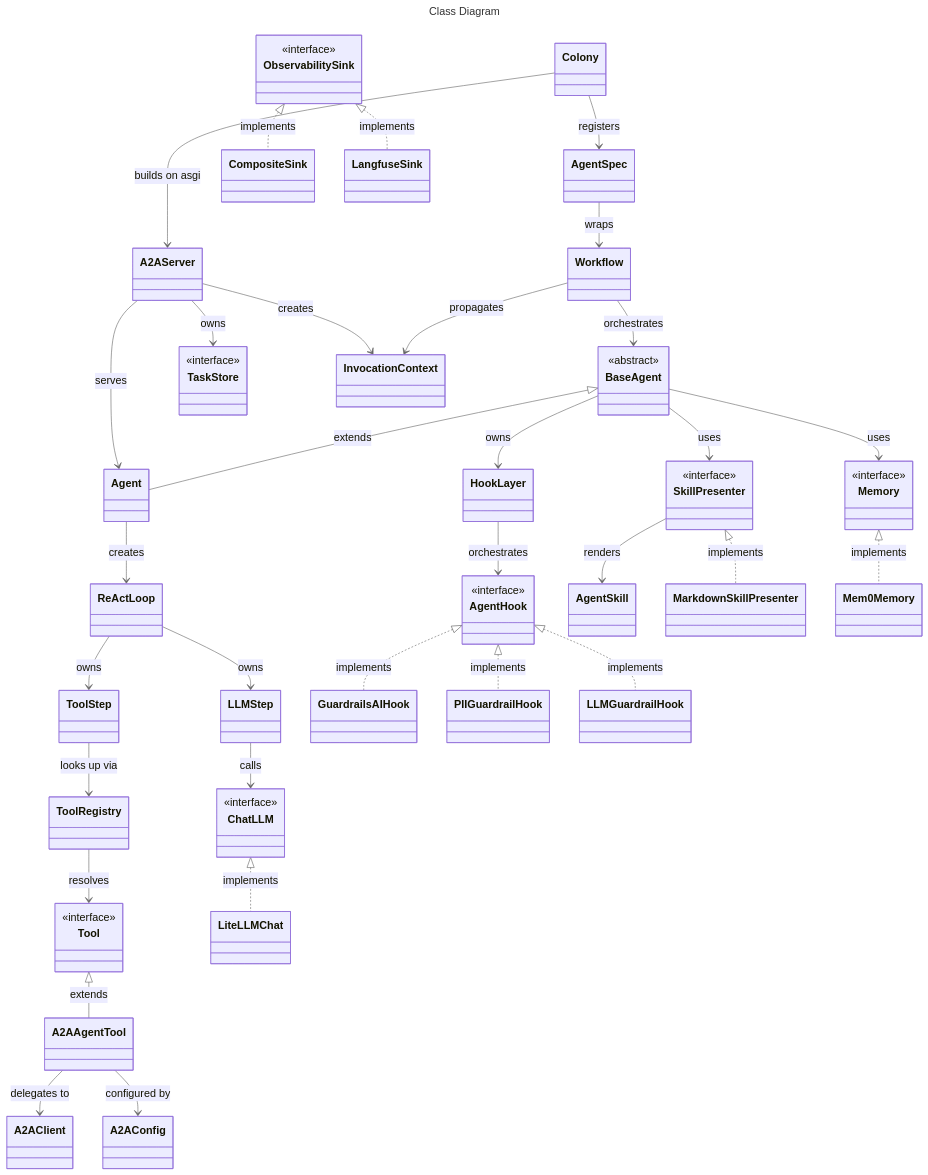
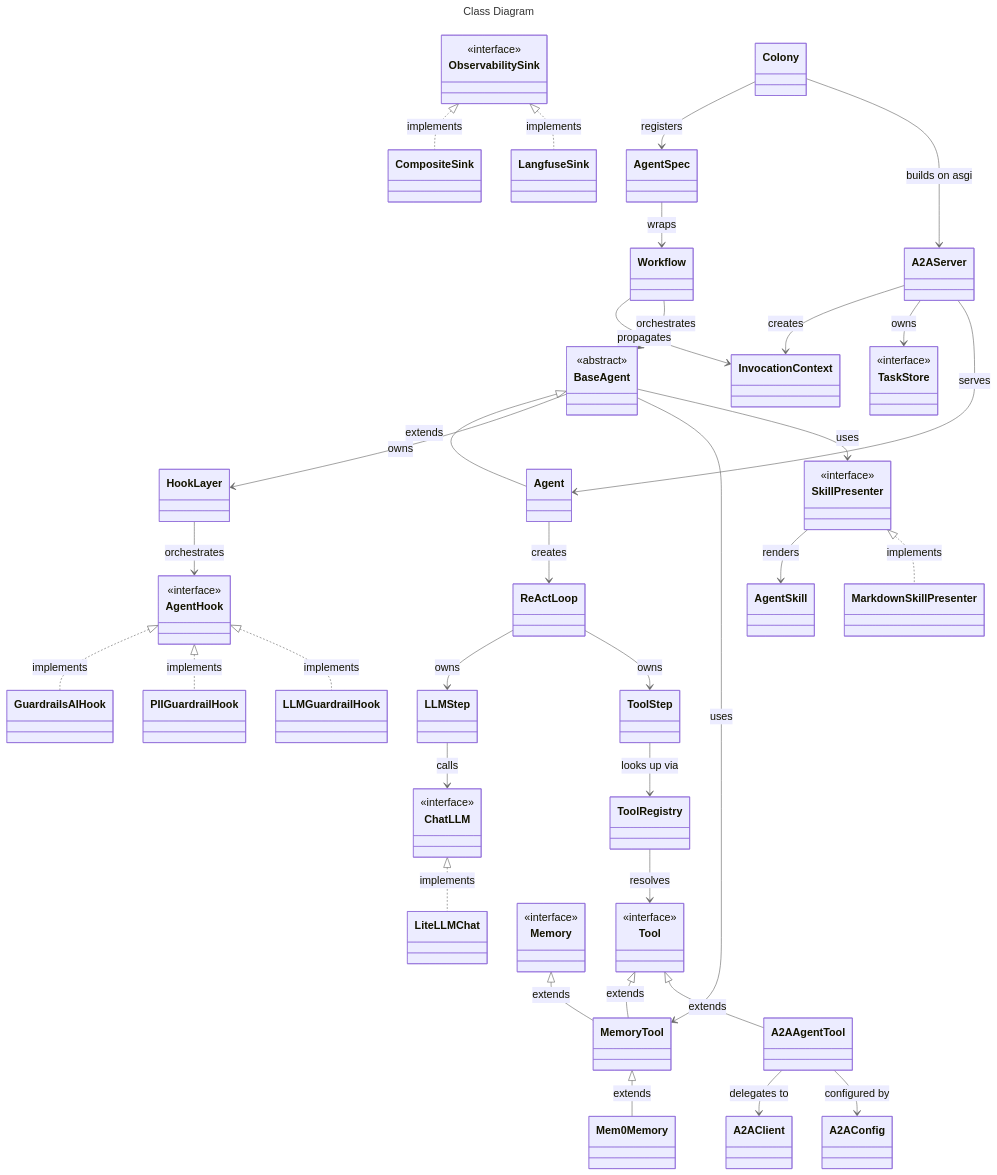
One commit to idea-idsia/ant-ai changed the diagram in docs/docs/architecture/class-diagram.mmd. Above: the diagram before and after it, drawn with Mermaid. The commit also changed 21 other files, not shown here.

First line of the commit message:
feat(memory): expose memory as a callable tool

```diff
--- a/docs/docs/architecture/class-diagram.mmd
+++ b/docs/docs/architecture/class-diagram.mmd
@@ -1,57 +1,59 @@
 ---
 title: Class Diagram
 config:
   themeVariables:
     background: '#ffffff'
     primaryColor: '#E9E1FF'
     primaryTextColor: '#222222'
     primaryBorderColor: '#8B6DFF'
     lineColor: '#666666'
     secondaryColor: '#F5F2FF'
     tertiaryColor: '#FBFAFF'
     clusterBkg: '#F3F3F3'
     clusterBorder: '#CFCFCF'
     fontSize: '18px'
 ---
 classDiagram
     direction TB
     class BaseAgent { <<abstract>> }
     class ChatLLM { <<interface>> }
     class Tool { <<interface>> }
     class Memory { <<interface>> }
     class AgentHook { <<interface>> }
     class SkillPresenter { <<interface>> }
     class ObservabilitySink { <<interface>> }
     class TaskStore { <<interface>> }
     class InvocationContext
     A2AServer --> InvocationContext : creates
     Workflow --> InvocationContext : propagates
     Colony --> AgentSpec : registers
     Colony --> A2AServer : builds on asgi
     AgentSpec --> Workflow : wraps
     A2AServer --> TaskStore : owns
     A2AServer --> Agent : serves
     Workflow --> BaseAgent : orchestrates
     BaseAgent <|-- Agent : extends
     BaseAgent --> HookLayer : owns
-    BaseAgent --> Memory : uses
+    BaseAgent --> MemoryTool : uses
     BaseAgent --> SkillPresenter : uses
     Agent --> ReActLoop : creates
     ReActLoop --> LLMStep : owns
     ReActLoop --> ToolStep : owns
     LLMStep --> ChatLLM : calls
     ToolStep --> ToolRegistry : looks up via
     ToolRegistry --> Tool : resolves
+    Tool <|-- MemoryTool : extends
+    Memory <|-- MemoryTool : extends
     HookLayer --> AgentHook : orchestrates
     AgentHook <|.. GuardrailsAIHook : implements
     AgentHook <|.. PIIGuardrailHook : implements
     AgentHook <|.. LLMGuardrailHook : implements
     SkillPresenter --> AgentSkill : renders
     SkillPresenter <|.. MarkdownSkillPresenter : implements
     Tool <|-- A2AAgentTool : extends
     A2AAgentTool --> A2AClient : delegates to
     A2AAgentTool --> A2AConfig : configured by
     ChatLLM <|.. LiteLLMChat : implements
-    Memory <|.. Mem0Memory : implements
+    MemoryTool <|-- Mem0Memory : extends
     ObservabilitySink <|.. CompositeSink : implements
     ObservabilitySink <|.. LangfuseSink : implements
```
